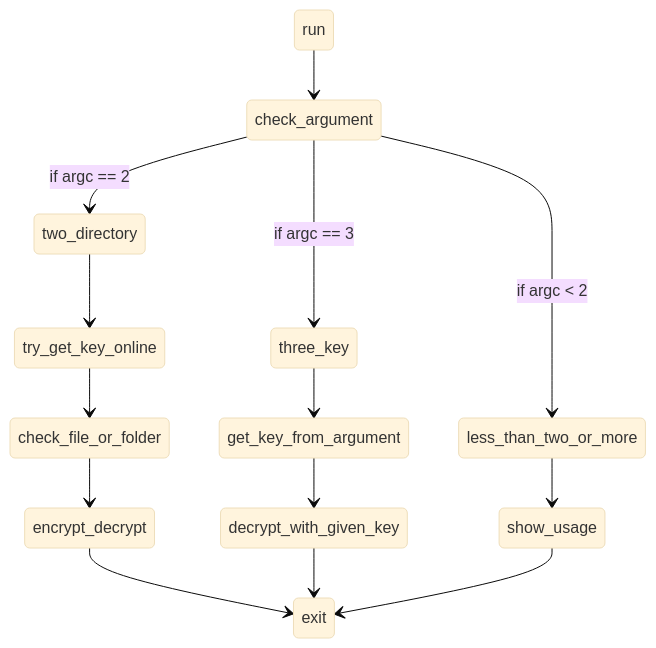
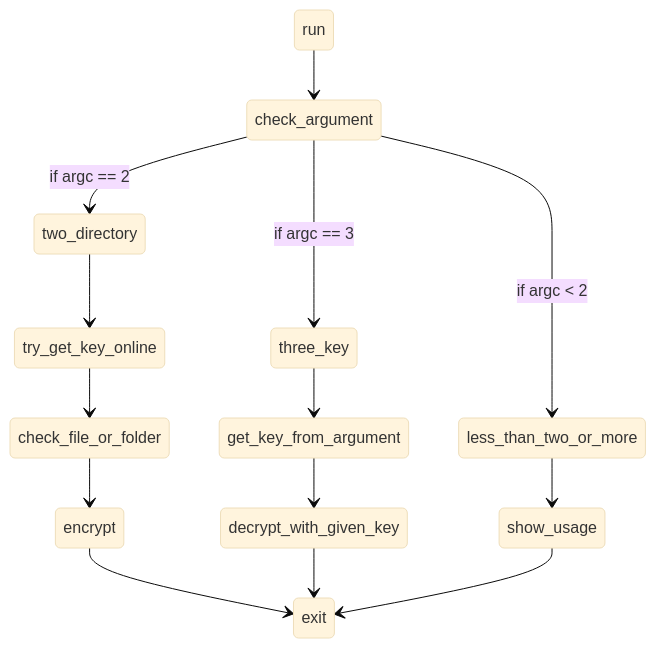
The diagram in doc/doc.md (4zv4l/ransomware), drawn with Mermaid (base theme) before and after one commit. The commit also changed other lines of this file, not shown here.

````diff
--- a/doc/doc.md
+++ b/doc/doc.md
@@ -21,16 +21,16 @@
 ```mermaid
 stateDiagram-v2	
  	run --> check_argument
     check_argument --> less_than_two_or_more: if argc < 2
     less_than_two_or_more --> show_usage
     check_argument --> two_directory: if argc == 2
     two_directory --> try_get_key_online
     try_get_key_online --> check_file_or_folder
-    check_file_or_folder --> encrypt_decrypt
-    encrypt_decrypt --> exit
+    check_file_or_folder --> encrypt
+    encrypt --> exit
 	check_argument --> three_key: if argc == 3
 	three_key --> get_key_from_argument
 	get_key_from_argument --> decrypt_with_given_key
 	decrypt_with_given_key --> exit
 	show_usage --> exit
 ```
````
